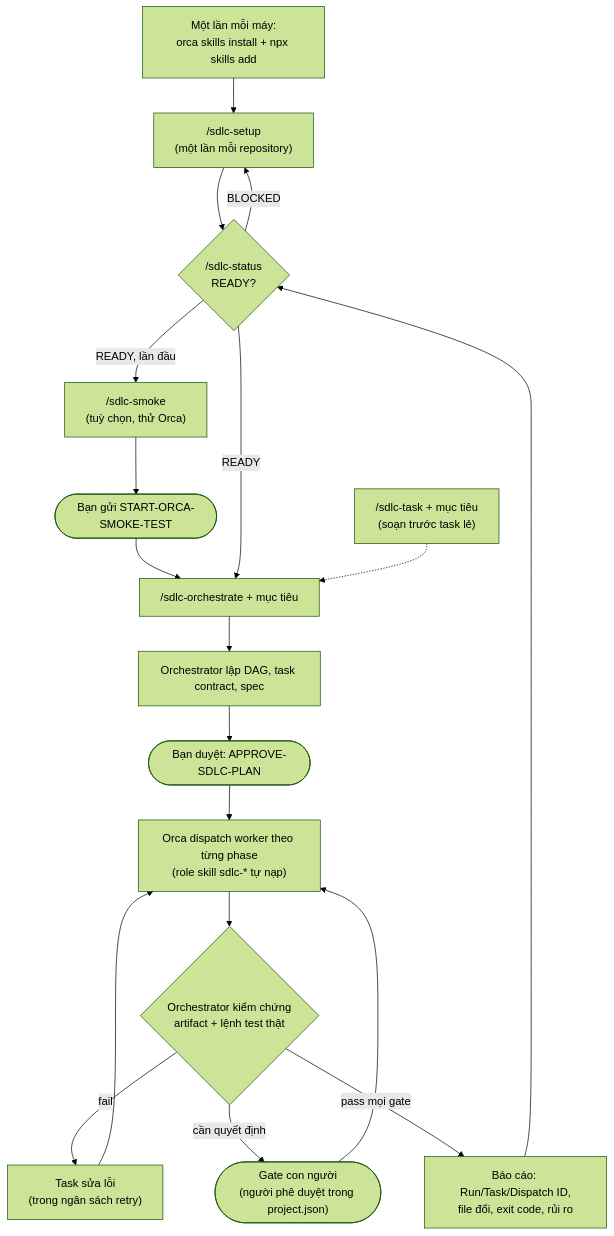
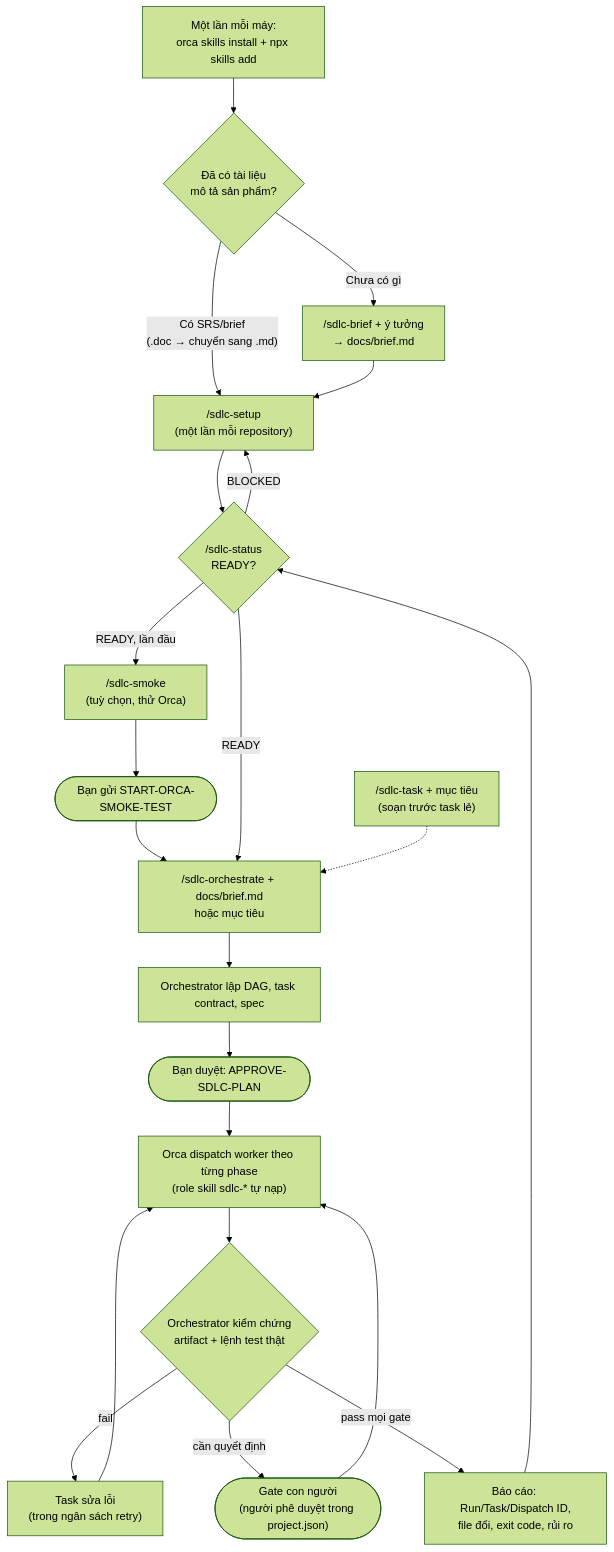
Before and after one commit to blackcrow-it/ai-sdlc-core: the diagram in README.md, drawn with Mermaid (forest theme). The commit also changed other lines of this file and 12 other files, not shown here.

First line of the commit message:
Add /sdlc-brief workflow skill and project brief template

````diff
--- a/README.md
+++ b/README.md
@@ -62,19 +64,22 @@
 ```mermaid
 flowchart TD
-    A["Một lần mỗi máy:<br/>orca skills install + npx skills add"] --> B["/sdlc-setup<br/>(một lần mỗi repository)"]
+    A["Một lần mỗi máy:<br/>orca skills install + npx skills add"] --> Q{"Đã có tài liệu<br/>mô tả sản phẩm?"}
+    Q -- "Chưa có gì" --> BR["/sdlc-brief + ý tưởng<br/>→ docs/brief.md"]
+    Q -- "Có SRS/brief<br/>(.doc → chuyển sang .md)" --> B
+    BR --> B["/sdlc-setup<br/>(một lần mỗi repository)"]
     B --> C{"/sdlc-status<br/>READY?"}
     C -- "BLOCKED" --> B
     C -- "READY, lần đầu" --> D["/sdlc-smoke<br/>(tuỳ chọn, thử Orca)"]
     D --> G1(["Bạn gửi START-ORCA-SMOKE-TEST"])
     G1 --> E
-    C -- "READY" --> E["/sdlc-orchestrate + mục tiêu"]
+    C -- "READY" --> E["/sdlc-orchestrate + docs/brief.md<br/>hoặc mục tiêu"]
     T["/sdlc-task + mục tiêu<br/>(soạn trước task lẻ)"] -.-> E
     E --> P["Orchestrator lập DAG, task contract, spec"]
     P --> G2(["Bạn duyệt: APPROVE-SDLC-PLAN"])
     G2 --> W["Orca dispatch worker theo từng phase<br/>(role skill sdlc-* tự nạp)"]
     W --> V{"Orchestrator kiểm chứng<br/>artifact + lệnh test thật"}
     V -- "fail" --> R["Task sửa lỗi<br/>(trong ngân sách retry)"] --> W
     V -- "cần quyết định" --> H(["Gate con người<br/>(người phê duyệt trong project.json)"]) --> W
     V -- "pass mọi gate" --> F["Báo cáo: Run/Task/Dispatch ID,<br/>file đổi, exit code, rủi ro"]
     F --> C
 ```
````
